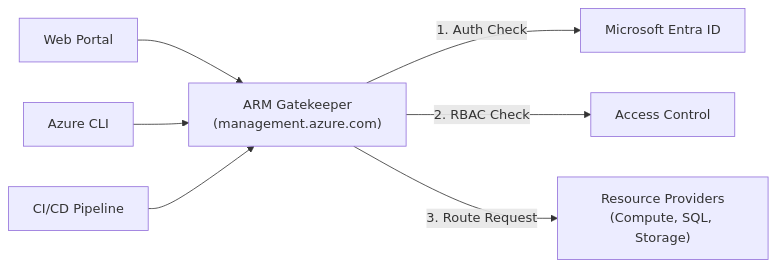
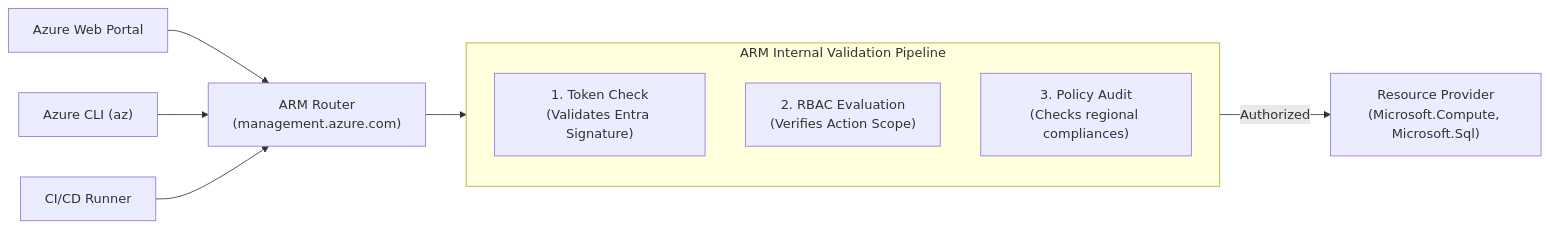
Before and after one commit to senlinyy/dev-roadmaps: the second of 2 diagrams in cloud-providers/azure/foundations/01-azure-mental-model.md, drawn with Mermaid. The commit also changed other lines of this file and 343 other files, not shown here.

````diff
--- a/cloud-providers/azure/foundations/01-azure-mental-model.md
+++ b/cloud-providers/azure/foundations/01-azure-mental-model.md
@@ -99,10 +153,15 @@
 ```mermaid
 flowchart LR
-    Portal["Web Portal"] --> ARM["ARM Gatekeeper<br/>(management.azure.com)"]
-    CLI["Azure CLI"] --> ARM
-    Pipeline["CI/CD Pipeline"] --> ARM
+    Portal["Azure Web Portal"] --> ARM["ARM Router<br/>(management.azure.com)"]
+    CLI["Azure CLI (az)"] --> ARM
+    Pipeline["CI/CD Runner"] --> ARM
 
-    ARM --> |1. Auth Check| Entra["Microsoft Entra ID"]
-    ARM --> |2. RBAC Check| RBAC["Access Control"]
-    ARM --> |3. Route Request| Providers["Resource Providers<br/>(Compute, SQL, Storage)"]
+    subgraph ARMValidation["ARM Internal Validation Pipeline"]
+        TokenGate["1. Token Check<br/>(Validates Entra Signature)"]
+        RbacGate["2. RBAC Evaluation<br/>(Verifies Action Scope)"]
+        PolicyGate["3. Policy Audit<br/>(Checks regional compliances)"]
+    end
+
+    ARM --> ARMValidation
+    ARMValidation -->|Authorized| Provider["Resource Provider<br/>(Microsoft.Compute, Microsoft.Sql)"]
 ```
````
